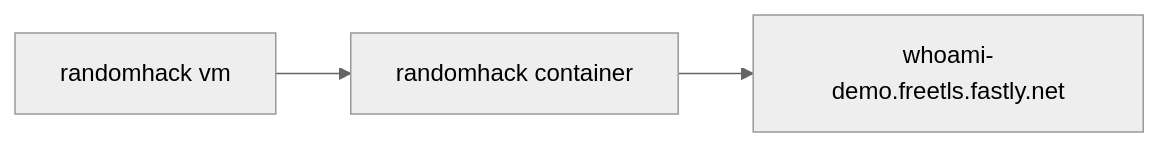
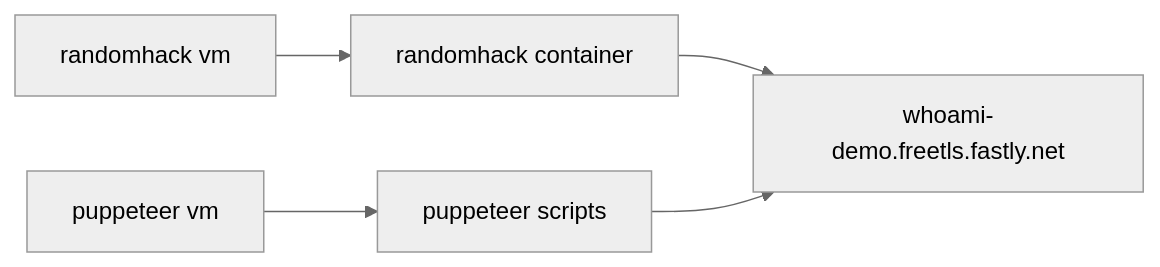
One commit to jbartus/fastly-magento2-demo changed the third of 3 diagrams in README.md. Above: the diagram before and after it, drawn with Mermaid (neutral theme). The commit also changed 4 other files, not shown here.

````diff
--- a/README.md
+++ b/README.md
@@ -31,5 +31,7 @@
 ```mermaid
 flowchart LR
-  vm[randomhack vm] --> container[randomhack container]
+  rhvm[randomhack vm] --> container[randomhack container]
   container --> site[whoami-demo.freetls.fastly.net]
+  ptvm[puppeteer vm] --> scripts[puppeteer scripts]
+  scripts --> site
 ``` 
````
